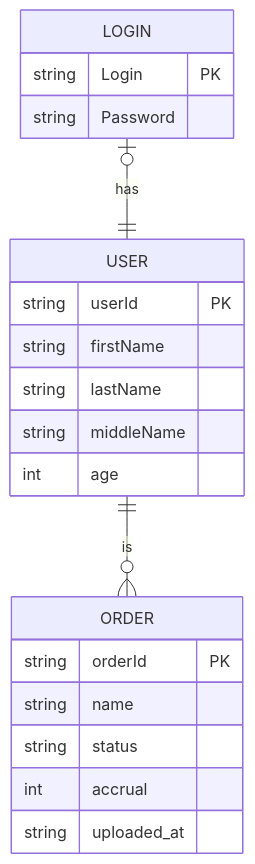
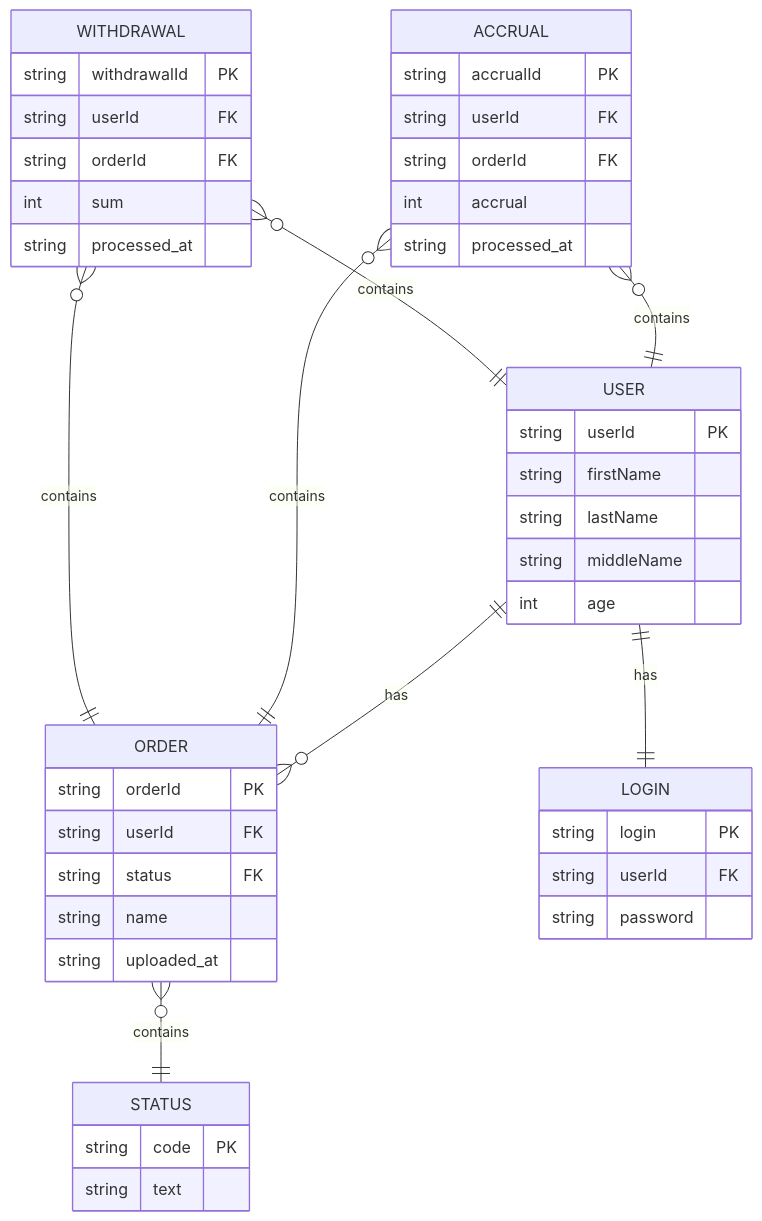
Before and after one commit to ajugalushkin/gofer-mart: the diagram in DESIGN.md, drawn with Mermaid. The commit also changed other lines of this file, not shown here.

Commit message:
iter1
fix: Update ER-diagramm

````diff
--- a/DESIGN.md
+++ b/DESIGN.md
@@ -9,23 +7,47 @@
 ```mermaid
 erDiagram
-    USER ||--o{ ORDER : is
+    USER ||--o{ ORDER : has
     USER {
         string userId PK
         string firstName
         string lastName
         string middleName
         int age
     }
     ORDER {
         string orderId PK
+        string userId FK
+        string status FK
         string name
-        string status
-        int accrual
         string uploaded_at
     }
-    LOGIN |o--|| USER : has
+    ORDER }o--|| STATUS : contains
+    STATUS{
+        string code PK
+        string text
+    }
+    USER ||--|| LOGIN : has
     LOGIN {
-        string Login PK
-        string Password
+        string login PK
+        string userId FK
+        string password
+    }
+    ACCRUAL }o--|| ORDER : contains
+    ACCRUAL }o--|| USER : contains
+    ACCRUAL{
+        string accrualId PK
+        string userId FK
+        string orderId FK
+        int accrual
+        string processed_at
+    }
+    WITHDRAWAL }o--|| ORDER : contains
+    WITHDRAWAL }o--|| USER : contains
+    WITHDRAWAL{
+        string withdrawalId PK
+        string userId FK
+        string orderId FK
+        int sum
+        string processed_at
     }
 ```
````
